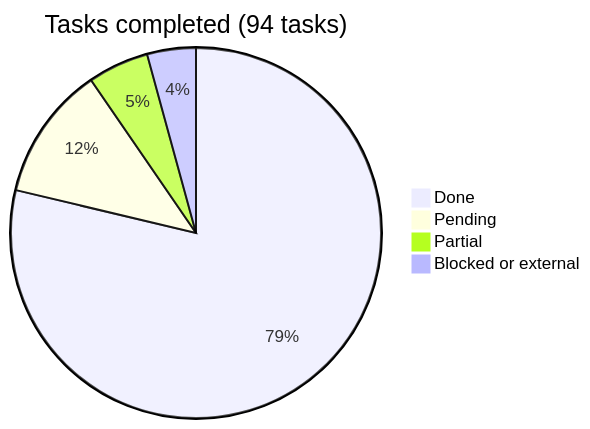
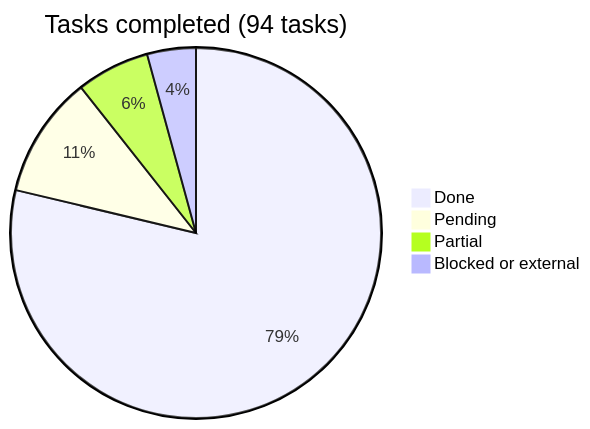
The diagram in docs/roadmap/README.md (araguaney-lat/araguaney-app), drawn with Mermaid before and after one commit. The commit also changed other lines of this file and 11 other files, not shown here.

````diff
--- a/docs/roadmap/README.md
+++ b/docs/roadmap/README.md
@@ -12,7 +12,7 @@
 ```mermaid
 pie title Tasks completed (94 tasks)
     "Done" : 74
-    "Pending" : 11
-    "Partial" : 5
+    "Pending" : 10
+    "Partial" : 6
     "Blocked or external" : 4
 ```
````
